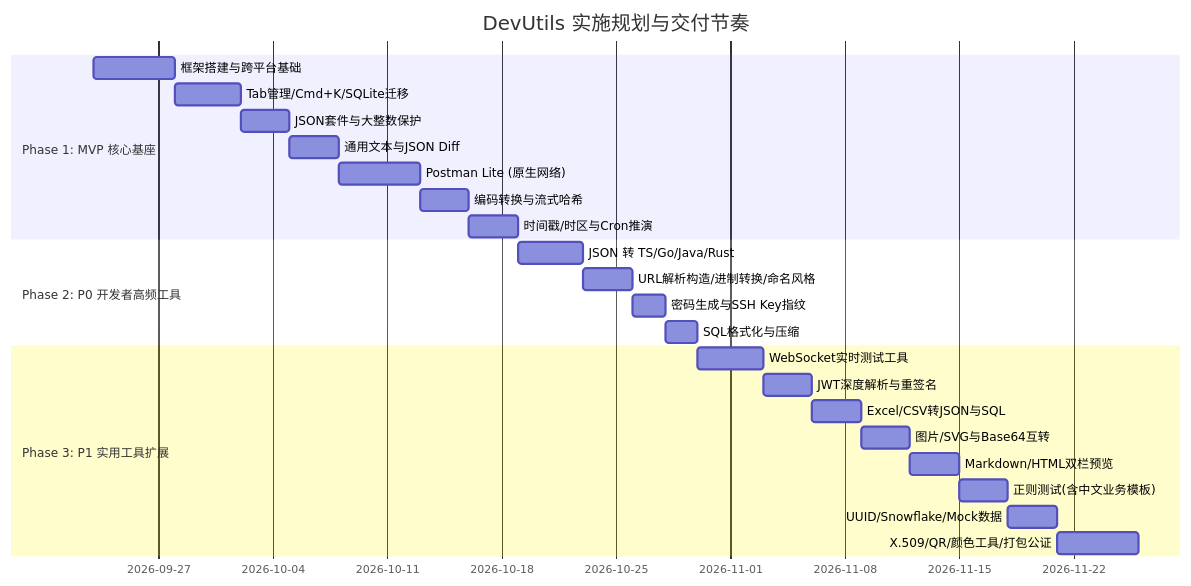
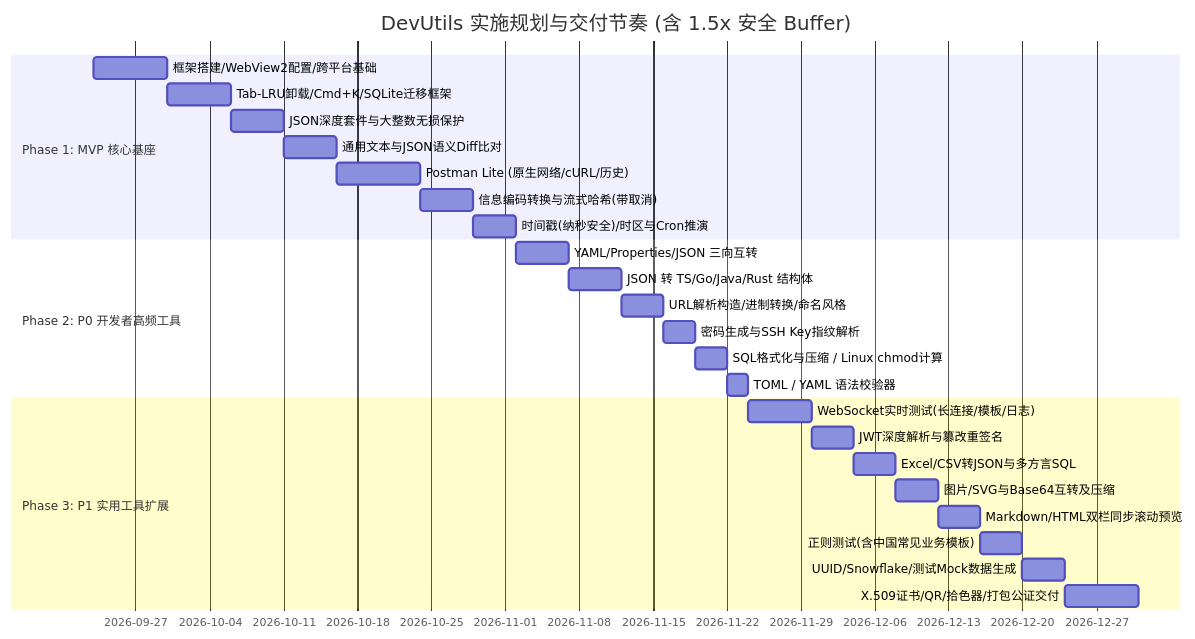
One commit to nice-buddy/devUtils changed the second of 2 diagrams in docs/superpowers/specs/2026-09-22-developer-toolbox-design.md. Above: the diagram before and after it, drawn with Mermaid. The commit also changed other lines of this file, not shown here.

````diff
--- a/docs/superpowers/specs/2026-09-22-developer-toolbox-design.md
+++ b/docs/superpowers/specs/2026-09-22-developer-toolbox-design.md
@@ -84,27 +93,29 @@
 ```mermaid
 gantt
-    title DevUtils 实施规划与交付节奏
+    title DevUtils 实施规划与交付节奏 (含 1.5x 安全 Buffer)
     dateFormat  YYYY-MM-DD
     section Phase 1: MVP 核心基座
-    框架搭建与跨平台基础     :p1_1, 2026-09-23, 5d
-    Tab管理/Cmd+K/SQLite迁移 :p1_2, after p1_1, 4d
-    JSON套件与大整数保护      :p1_3, after p1_2, 3d
-    通用文本与JSON Diff      :p1_4, after p1_3, 3d
-    Postman Lite (原生网络)   :p1_5, after p1_4, 5d
-    编码转换与流式哈希       :p1_6, after p1_5, 3d
-    时间戳/时区与Cron推演     :p1_7, after p1_6, 3d
+    框架搭建/WebView2配置/跨平台基础   :p1_1, 2026-09-23, 7d
+    Tab-LRU卸载/Cmd+K/SQLite迁移框架   :p1_2, after p1_1, 6d
+    JSON深度套件与大整数无损保护       :p1_3, after p1_2, 5d
+    通用文本与JSON语义Diff比对         :p1_4, after p1_3, 5d
+    Postman Lite (原生网络/cURL/历史) :p1_5, after p1_4, 8d
+    信息编码转换与流式哈希(带取消)     :p1_6, after p1_5, 5d
+    时间戳(纳秒安全)/时区与Cron推演    :p1_7, after p1_6, 4d
     section Phase 2: P0 开发者高频工具
-    JSON 转 TS/Go/Java/Rust :p2_1, after p1_7, 4d
-    URL解析构造/进制转换/命名风格:p2_2, after p2_1, 3d
-    密码生成与SSH Key指纹    :p2_3, after p2_2, 2d
-    SQL格式化与压缩          :p2_4, after p2_3, 2d
+    YAML/Properties/JSON 三向互转     :p2_1, after p1_7, 5d
+    JSON 转 TS/Go/Java/Rust 结构体    :p2_2, after p2_1, 5d
+    URL解析构造/进制转换/命名风格      :p2_3, after p2_2, 4d
+    密码生成与SSH Key指纹解析          :p2_4, after p2_3, 3d
+    SQL格式化与压缩 / Linux chmod计算  :p2_5, after p2_4, 3d
+    TOML / YAML 语法校验器            :p2_6, after p2_5, 2d
     section Phase 3: P1 实用工具扩展
-    WebSocket实时测试工具    :p3_1, after p2_4, 4d
-    JWT深度解析与重签名      :p3_2, after p3_1, 3d
-    Excel/CSV转JSON与SQL    :p3_3, after p3_2, 3d
-    图片/SVG与Base64互转     :p3_4, after p3_3, 3d
-    Markdown/HTML双栏预览    :p3_5, after p3_4, 3d
-    正则测试(含中文业务模板)  :p3_6, after p3_5, 3d
-    UUID/Snowflake/Mock数据  :p3_7, after p3_6, 3d
-    X.509/QR/颜色工具/打包公证:p3_8, after p3_7, 5d
+    WebSocket实时测试(长连接/模板/日志):p3_1, after p2_6, 6d
+    JWT深度解析与篡改重签名           :p3_2, after p3_1, 4d
+    Excel/CSV转JSON与多方言SQL        :p3_3, after p3_2, 4d
+    图片/SVG与Base64互转及压缩        :p3_4, after p3_3, 4d
+    Markdown/HTML双栏同步滚动预览     :p3_5, after p3_4, 4d
+    正则测试(含中国常见业务模板)       :p3_6, after p3_5, 4d
+    UUID/Snowflake/测试Mock数据生成    :p3_7, after p3_6, 4d
+    X.509证书/QR/拾色器/打包公证交付   :p3_8, after p3_7, 7d
 ```
````
